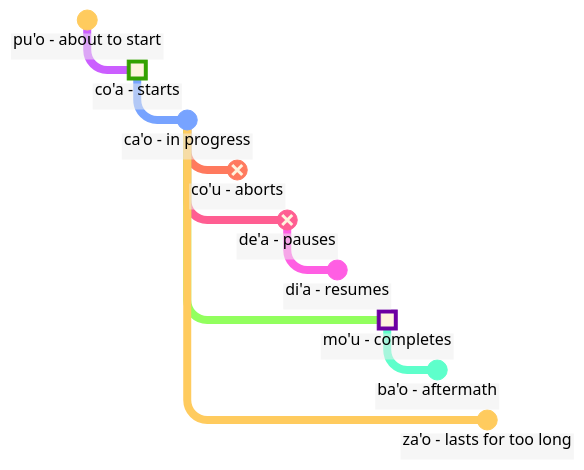
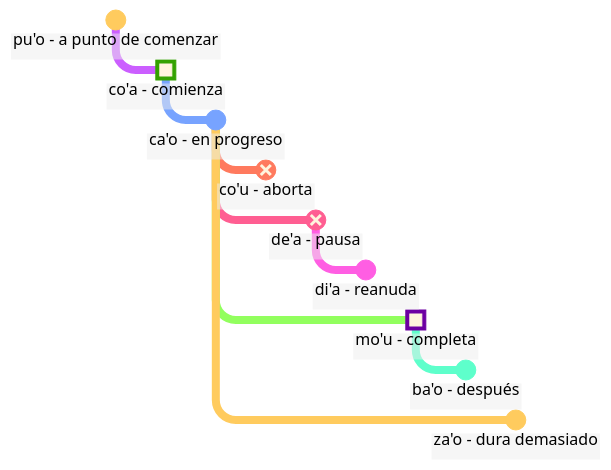
One commit to La-Lojban/lojban.pw changed the diagram in data/pages/es/books/learn-lojban/!6.md. Above: the diagram before and after it, drawn with Mermaid. The commit also changed other lines of this file and 23 other files, not shown here.

````diff
--- a/data/pages/es/books/learn-lojban/!6.md
+++ b/data/pages/es/books/learn-lojban/!6.md
@@ -356,57 +484,57 @@
 ```mermaid
 %%{
     init: { 
         'logLevel': 'debug',
         'theme': 'base',
         'themeVariables': {
                 'commitLabelColor': '#000',
                 'commitLabelBackground': '#eee',
                 'commitLabelFontSize': '16px',
                 'tagLabelFontSize': '14px'
         },
         'htmlLabels': true,
         'gitGraph': {
             'showCommitLabel':true,
             'mainBranchName': 'event',
             'rotateCommitLabel': false,
             'showBranches': false
         }
     }
 }%%
 
 gitGraph
     checkout event
-    commit id: "pu'o - about to start"
+    commit id: "pu'o - a punto de comenzar"
 
     checkout event
     branch start
-    commit id: "co'a - starts" type:HIGHLIGHT
+    commit id: "co'a - comienza" type:HIGHLIGHT
 
     checkout start
     branch progress
-    commit id: "ca'o - in progress"
+    commit id: "ca'o - en progreso"
 
     checkout progress
     branch stop
-    commit id: "co'u - aborts" type: REVERSE
+    commit id: "co'u - aborta" type: REVERSE
 
     checkout progress
     branch "pause"
-    commit id: "de'a - pauses" type: REVERSE
+    commit id: "de'a - pausa" type: REVERSE
 
     checkout "pause"
     branch resume
-    commit id: "di'a - resumes"
+    commit id: "di'a - reanuda"
 
     checkout progress
     branch completion
-    commit id: "mo'u - completes" type: HIGHLIGHT
+    commit id: "mo'u - completa" type: HIGHLIGHT
 
     checkout completion
     branch aftermath
-    commit id: "ba'o - aftermath"
+    commit id: "ba'o - después"
 
     checkout progress
     branch overdue
-    commit id: "za'o - lasts for too long"
+    commit id: "za'o - dura demasiado"
 ```
````
